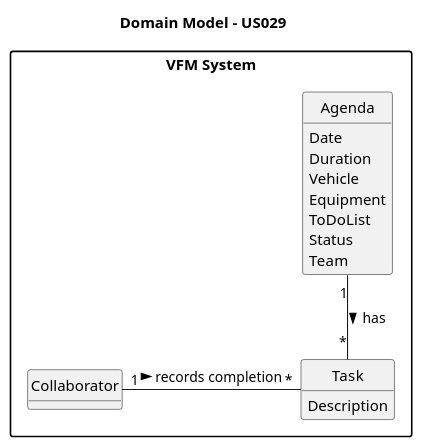
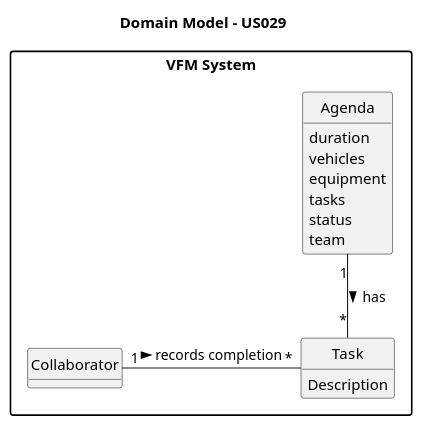
Before and after one commit to SAEmanuel/Green_Spaces_Management_ISEP: the diagram in docs/sprintC/us029/02.analysis/puml/us029-domain-model.puml, drawn with PlantUML. The commit also changed 19 other files, not shown here.

```diff
--- a/docs/sprintC/us029/02.analysis/puml/us029-domain-model.puml
+++ b/docs/sprintC/us029/02.analysis/puml/us029-domain-model.puml
@@ -1,46 +1,45 @@
 @startuml
 skinparam monochrome true
 skinparam packageStyle rectangle
 skinparam shadowing false
 
 'left to right direction
 
 skinparam classAttributeIconSize 0
 
 hide circle
 hide methods
 package "VFM System" {
 
 title Domain Model - US029
 
 
 
 class Collaborator {
 }
 
 class Agenda {
-         Date
-         Duration
-         Vehicle
-         Equipment
-         ToDoList
-         Status
-         Team
+         duration
+         vehicles
+         equipment
+         tasks
+         status
+         team
 }
 
 class Task{
         Description
 }
 
 
 
 
 
 Agenda "1" -- "*" Task : has >
 Collaborator "1" - "*" Task : records completion >
 
 
 
 
 
 @enduml
```
